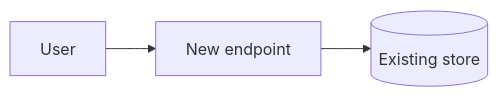
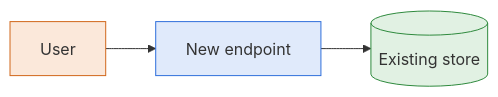
The diagram in guides/templates/brainstorm.md (hamilton-sky/feature-flow), drawn with Mermaid before and after one commit. The commit also changed other lines of this file and 23 other files, not shown here.

````diff
--- a/guides/templates/brainstorm.md
+++ b/guides/templates/brainstorm.md
@@ -18,5 +18,11 @@
 ```mermaid
 flowchart LR
   User[User] --> Api[New endpoint]
   Api --> Store[(Existing store)]
+  classDef orange fill:#fbe8da,stroke:#d0661a
+  classDef blue fill:#e0eafb,stroke:#2f6fdb
+  classDef green fill:#e1f1e3,stroke:#2f8a3e
+  class User orange
+  class Api blue
+  class Store green
 ```
````
